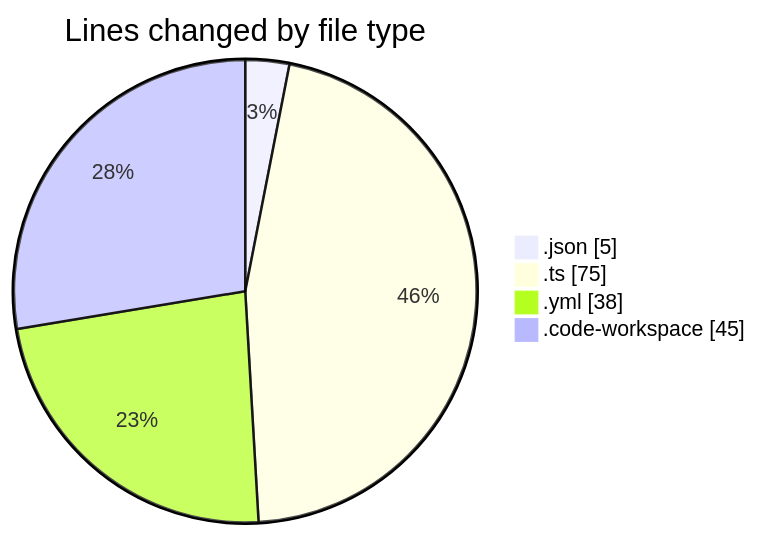
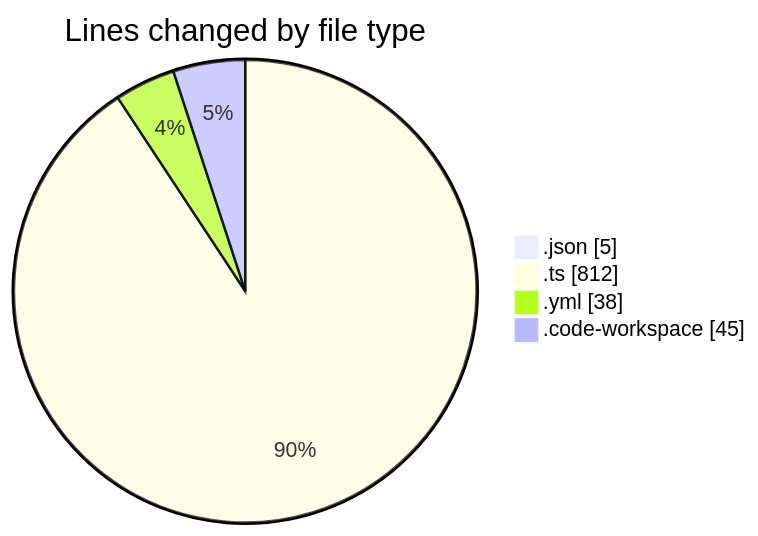
One commit to julien-gomy/code-tracking changed the first of 2 diagrams in 2025-11-25/eventscop-frontend-guide__workspace_/README.md. Above: the diagram before and after it, drawn with Mermaid. The commit also changed other lines of this file and 1 other file, not shown here.

````diff
--- a/2025-11-25/eventscop-frontend-guide__workspace_/README.md
+++ b/2025-11-25/eventscop-frontend-guide__workspace_/README.md
@@ -23,8 +24,8 @@
 ```mermaid
 pie showData
 title Lines changed by file type
 ".json" : 5
-".ts" : 75
+".ts" : 812
 ".yml" : 38
 ".code-workspace" : 45
 ```
````
